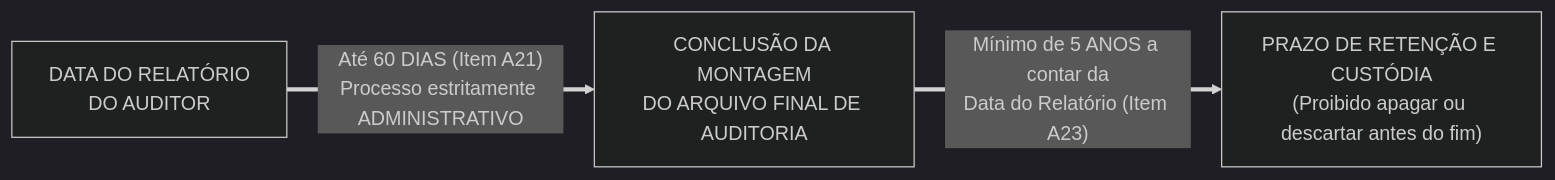
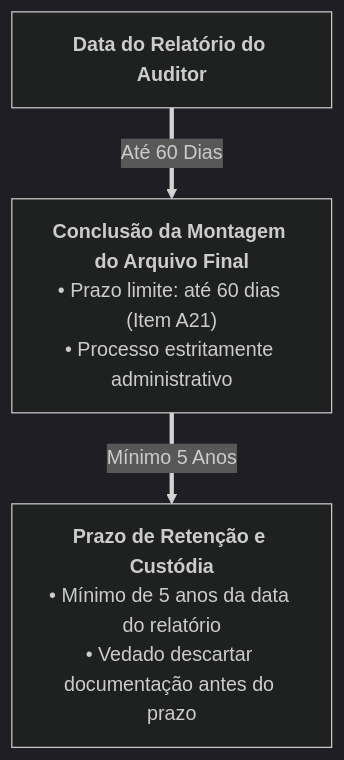
One commit to gilsonnogueira/OpenConcursos changed the sixth of 6 diagrams in docs/19-auditoria/03-ciclo-operacional-auditoria-independente/01-planejamento-e-documentacao-nbc-ta-300-230.md. Above: the diagram before and after it, drawn with Mermaid (dark theme). The commit also changed other lines of this file and 17 other files, not shown here.

Commit message:
style(diagrams): verticaliza todos os diagramas Mermaid para legibilidade em painel vertical

````diff
--- a/docs/19-auditoria/03-ciclo-operacional-auditoria-independente/01-planejamento-e-documentacao-nbc-ta-300-230.md
+++ b/docs/19-auditoria/03-ciclo-operacional-auditoria-independente/01-planejamento-e-documentacao-nbc-ta-300-230.md
@@ -463,5 +468,9 @@
 ```mermaid
-flowchart LR
-    DATA["DATA DO RELATÓRIO<br/>DO AUDITOR"] ==>|"Até 60 DIAS (Item A21)<br/>Processo estritamente ADMINISTRATIVO"| MONT["CONCLUSÃO DA MONTAGEM<br/>DO ARQUIVO FINAL DE AUDITORIA"]
-    MONT ==>|"Mínimo de 5 ANOS a contar da<br/>Data do Relatório (Item A23)"| GUARDA["PRAZO DE RETENÇÃO E CUSTÓDIA<br/>(Proibido apagar ou descartar antes do fim)"]
+flowchart TD
+    DATA["<b>Data do Relatório do Auditor</b>"]
+    MONT["<b>Conclusão da Montagem do Arquivo Final</b><br/>• Prazo limite: até 60 dias (Item A21)<br/>• Processo estritamente administrativo"]
+    GUARDA["<b>Prazo de Retenção e Custódia</b><br/>• Mínimo de 5 anos da data do relatório<br/>• Vedado descartar documentação antes do prazo"]
+
+    DATA ==>|Até 60 Dias| MONT
+    MONT ==>|Mínimo 5 Anos| GUARDA
 ```
````
